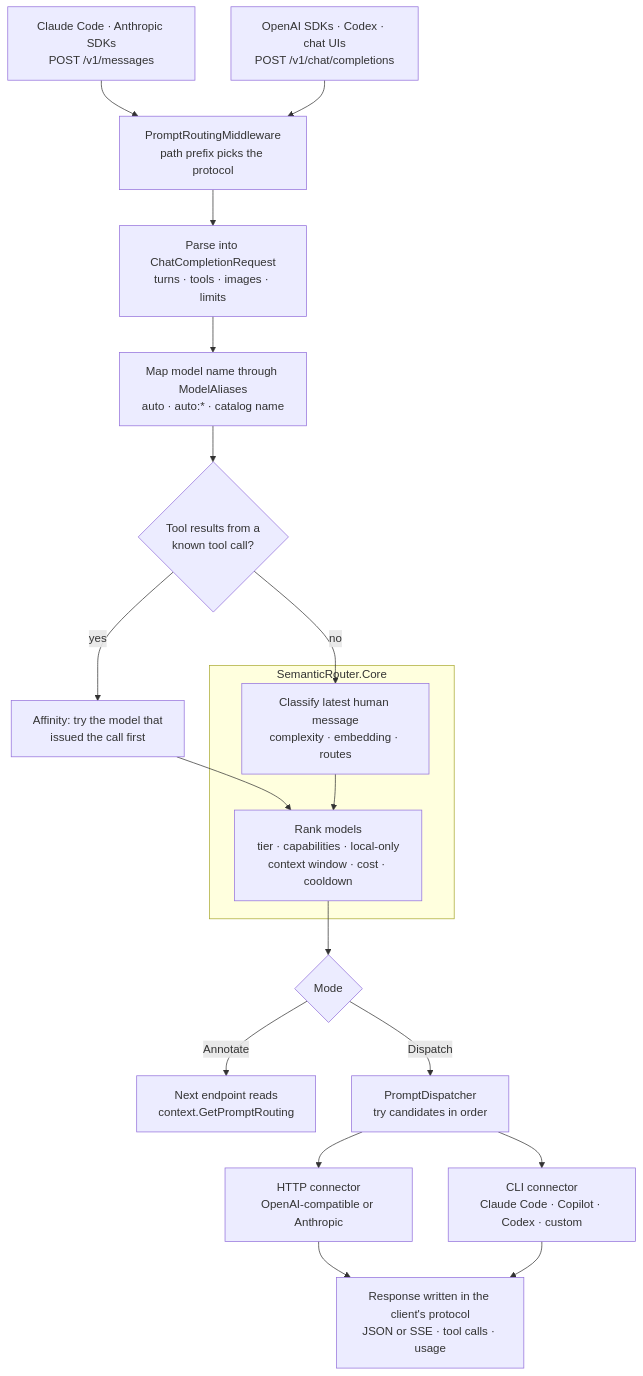
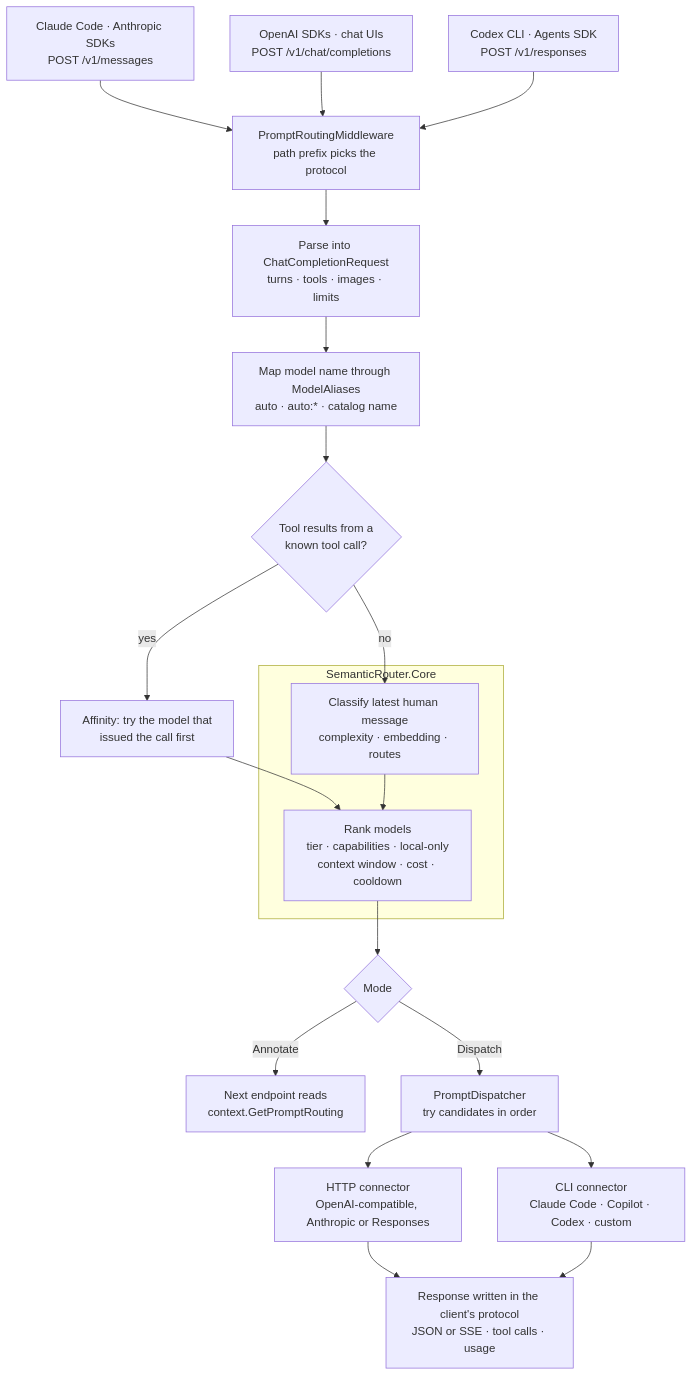
The first of 2 diagrams in docs/architecture.md (siebe41/SemanticRouter.NET), drawn with Mermaid before and after one commit. The commit also changed other lines of this file and 6 other files, not shown here.

First line of the commit message:
Docs: bring architecture, dashboard and providers pages up to date

````diff
--- a/docs/architecture.md
+++ b/docs/architecture.md
@@ -22,21 +24,22 @@
 ```mermaid
 flowchart TD
     C1[Claude Code · Anthropic SDKs<br/>POST /v1/messages] --> M
-    C2[OpenAI SDKs · Codex · chat UIs<br/>POST /v1/chat/completions] --> M
+    C2[OpenAI SDKs · chat UIs<br/>POST /v1/chat/completions] --> M
+    C3[Codex CLI · Agents SDK<br/>POST /v1/responses] --> M
     M[PromptRoutingMiddleware<br/>path prefix picks the protocol] --> P[Parse into ChatCompletionRequest<br/>turns · tools · images · limits]
     P --> A[Map model name through ModelAliases<br/>auto · auto:* · catalog name]
     A --> Q{Tool results from a<br/>known tool call?}
     Q -- "yes" --> AF[Affinity: try the model that<br/>issued the call first]
     Q -- "no" --> CL
     AF --> SEL
     subgraph Core [SemanticRouter.Core]
         CL[Classify latest human message<br/>complexity · embedding · routes] --> SEL[Rank models<br/>tier · capabilities · local-only<br/>context window · cost · cooldown]
     end
     SEL --> MODE{Mode}
     MODE -- "Annotate" --> N[Next endpoint reads<br/>context.GetPromptRouting]
     MODE -- "Dispatch" --> D[PromptDispatcher<br/>try candidates in order]
-    D --> H[HTTP connector<br/>OpenAI-compatible or Anthropic]
+    D --> H[HTTP connector<br/>OpenAI-compatible, Anthropic or Responses]
     D --> L[CLI connector<br/>Claude Code · Copilot · Codex · custom]
     H --> W[Response written in the client's protocol<br/>JSON or SSE · tool calls · usage]
     L --> W
 ```
````
